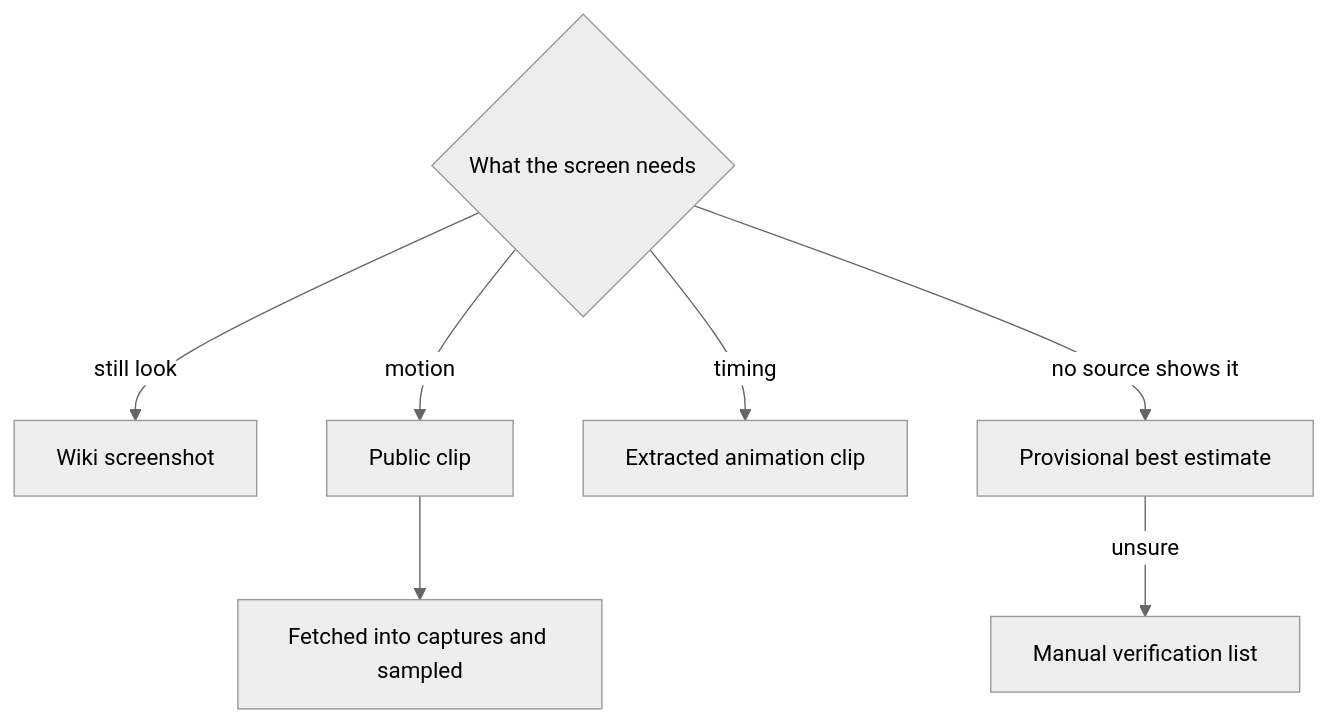
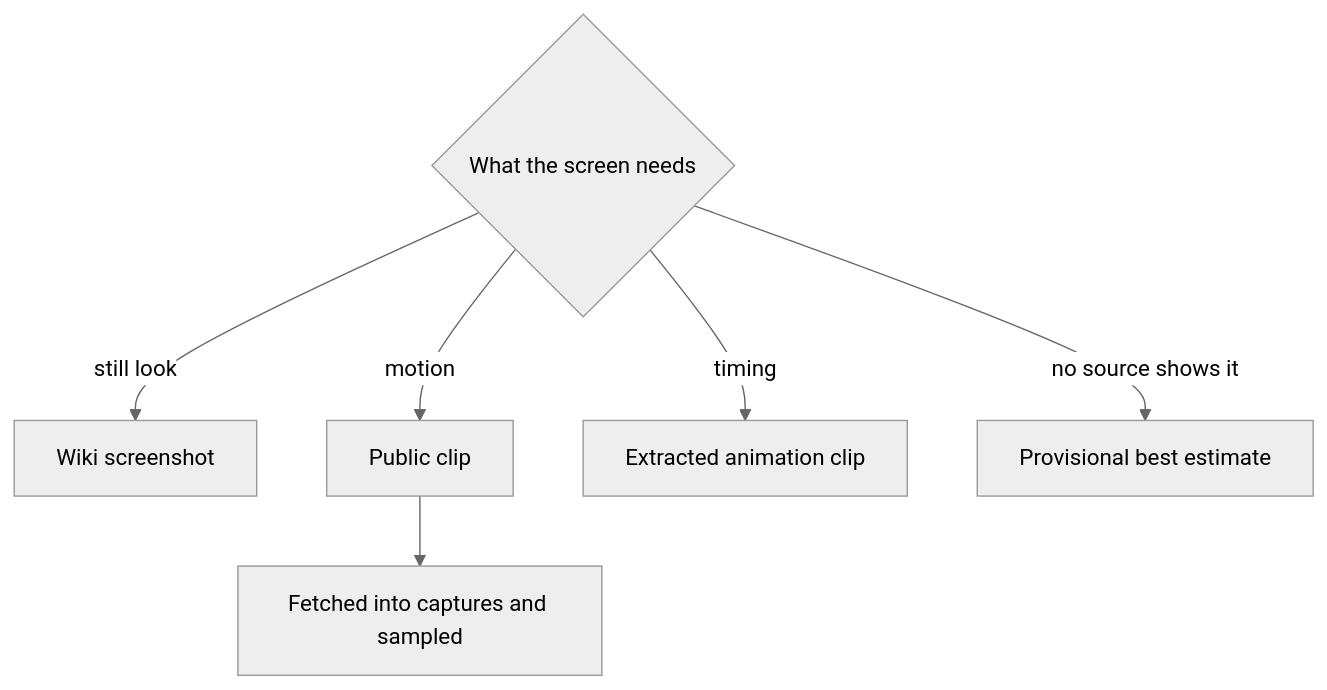
The diagram in openspec/specs/genshin/parity/references/design.md (Esposter/Esposter), drawn with Mermaid (neutral theme) before and after one commit. The commit also changed other lines of this file and 62 other files, not shown here.

First line of the commit message:
docs: nothing is checked by hand, so the manual verification list and every wait on an eye or an ear go

````diff
--- a/openspec/specs/genshin/parity/references/design.md
+++ b/openspec/specs/genshin/parity/references/design.md
@@ -9,9 +9,8 @@
 ```mermaid
 flowchart TD
   NEED{"What the screen needs"} -->|still look| WIKI["Wiki screenshot"]
   NEED -->|motion| CLIP["Public clip"]
   NEED -->|timing| ANIM["Extracted animation clip"]
   CLIP --> SAMPLE["Fetched into captures and sampled"]
   NEED -->|no source shows it| EST["Provisional best estimate"]
-  EST -->|unsure| MANUAL["Manual verification list"]
 ```
````
